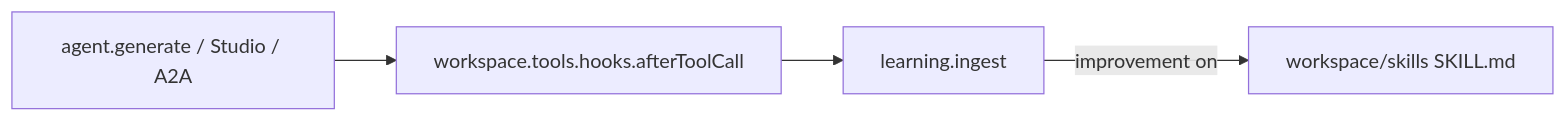
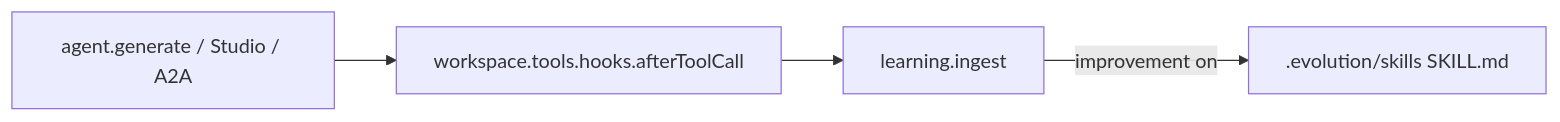
The diagram in docs/adr/0001-agent-first-workspace-attach.md (yu-iskw/mastra-evolution), drawn with Mermaid before and after one commit. The commit also changed other lines of this file and 61 other files, not shown here.

````diff
--- a/docs/adr/0001-agent-first-workspace-attach.md
+++ b/docs/adr/0001-agent-first-workspace-attach.md
@@ -19,9 +19,9 @@
 ```mermaid
 flowchart LR
   Turn["agent.generate / Studio / A2A"]
   WSHook["workspace.tools.hooks.afterToolCall"]
   Learn["learning.ingest"]
-  Skills["workspace/skills SKILL.md"]
+  Skills[".evolution/skills SKILL.md"]
   Turn --> WSHook --> Learn
   Learn -->|"improvement on"| Skills
 ```
````
